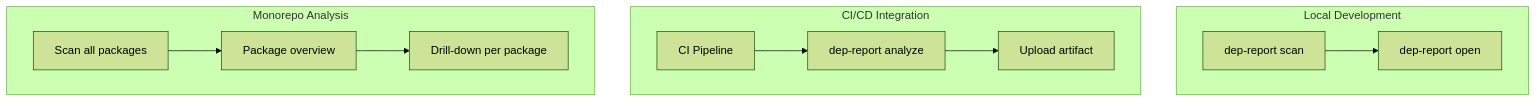
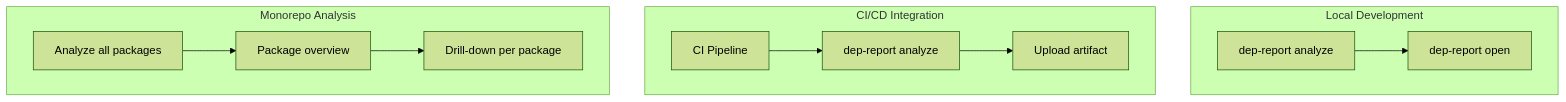
One commit to fisher-89/dependency-cruiser-reporter changed the first of 4 diagrams in docs/usage/scenarios.md. Above: the diagram before and after it, drawn with Mermaid (forest theme). The commit also changed other lines of this file and 14 other files, not shown here.

First line of the commit message:
refactor(cli): rename scan command to analyze

````diff
--- a/docs/usage/scenarios.md
+++ b/docs/usage/scenarios.md
@@ -5,16 +5,16 @@
 ```mermaid
 flowchart TB
     subgraph Local["Local Development"]
-        L1["dep-report scan"] --> L2["dep-report open"]
+        L1["dep-report analyze"] --> L2["dep-report open"]
     end
 
     subgraph CI["CI/CD Integration"]
         C1[CI Pipeline] --> C2["dep-report analyze"]
         C2 --> C3[Upload artifact]
     end
 
     subgraph Mono["Monorepo Analysis"]
-        M1[Scan all packages] --> M2[Package overview]
+        M1[Analyze all packages] --> M2[Package overview]
         M2 --> M3[Drill-down per package]
     end
 ```
````
